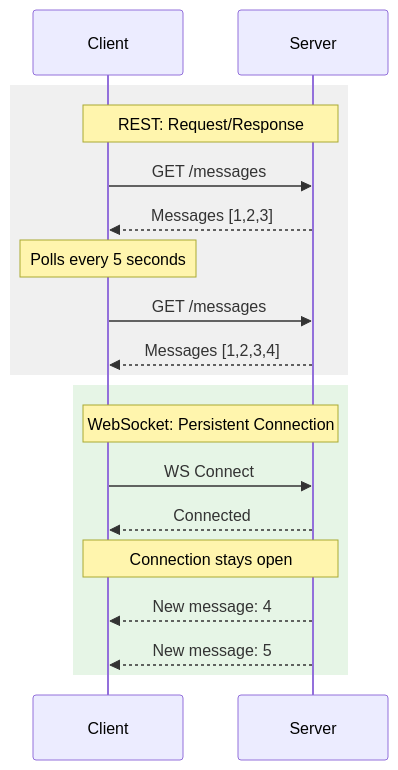
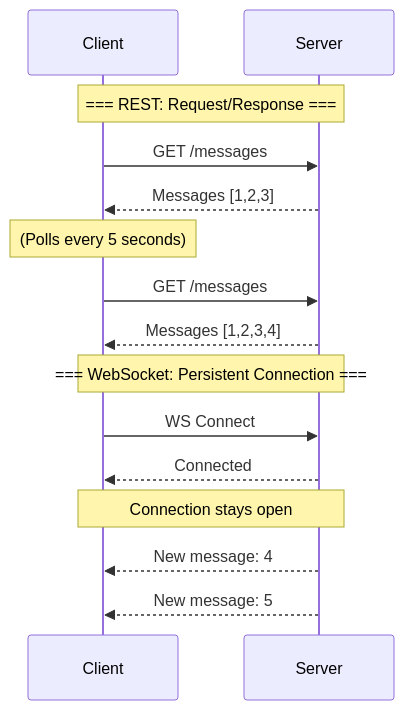
Before and after one commit to xoraus/BackendBytes-ZeroToOne: the seventh of 7 diagrams in README.md, drawn with Mermaid.

Commit message:
🐛 fix: replace unsupported mermaid rect syntax with Note blocks
GitHub's Mermaid renderer doesn't support  backgrounds
in sequence diagrams, causing 'Cannot read properties of undefined'
render errors. Replaced with plain Note separators.

````diff
--- a/README.md
+++ b/README.md
@@ -938,23 +938,19 @@
 ```mermaid
 sequenceDiagram
     participant Client
     participant Server
 
-    rect rgb(240, 240, 240)
-        Note over Client,Server: REST: Request/Response
-        Client->>Server: GET /messages
-        Server-->>Client: Messages [1,2,3]
-        Note over Client: Polls every 5 seconds
-        Client->>Server: GET /messages
-        Server-->>Client: Messages [1,2,3,4]
-    end
+    Note over Client,Server: === REST: Request/Response ===
+    Client->>Server: GET /messages
+    Server-->>Client: Messages [1,2,3]
+    Note over Client: (Polls every 5 seconds)
+    Client->>Server: GET /messages
+    Server-->>Client: Messages [1,2,3,4]
 
-    rect rgb(230, 245, 230)
-        Note over Client,Server: WebSocket: Persistent Connection
-        Client->>Server: WS Connect
-        Server-->>Client: Connected
-        Note over Client,Server: Connection stays open
-        Server-->>Client: New message: 4
-        Server-->>Client: New message: 5
-    end
+    Note over Client,Server: === WebSocket: Persistent Connection ===
+    Client->>Server: WS Connect
+    Server-->>Client: Connected
+    Note over Client,Server: Connection stays open
+    Server-->>Client: New message: 4
+    Server-->>Client: New message: 5
 ```
````
